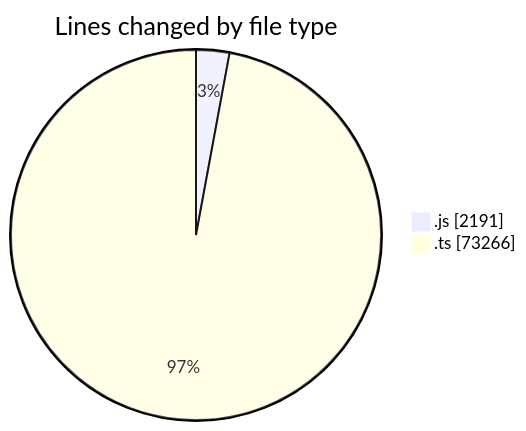
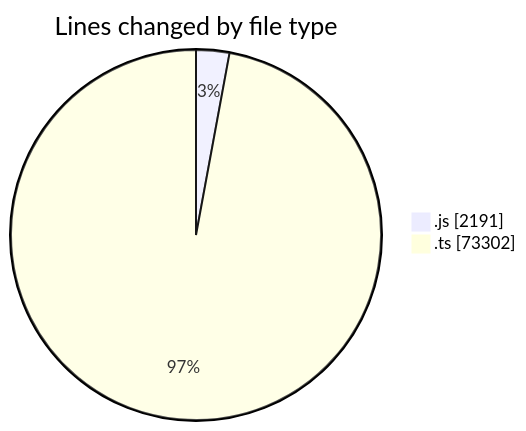
The first of 2 diagrams in 2025-06-19/cda/README.md (momahboobian/code-tracking), drawn with Mermaid before and after one commit. The commit also changed other lines of this file and 1 other file, not shown here.

````diff
--- a/2025-06-19/cda/README.md
+++ b/2025-06-19/cda/README.md
@@ -40,6 +40,6 @@
 ```mermaid
 pie showData
 title Lines changed by file type
 ".js" : 2191
-".ts" : 73266
+".ts" : 73302
 ```
````
